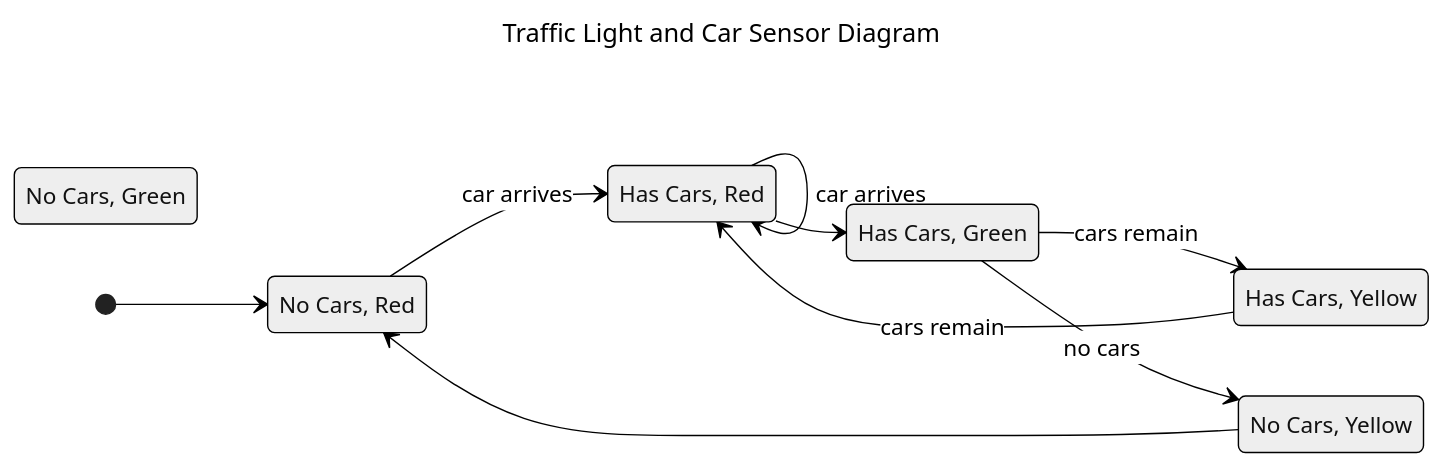
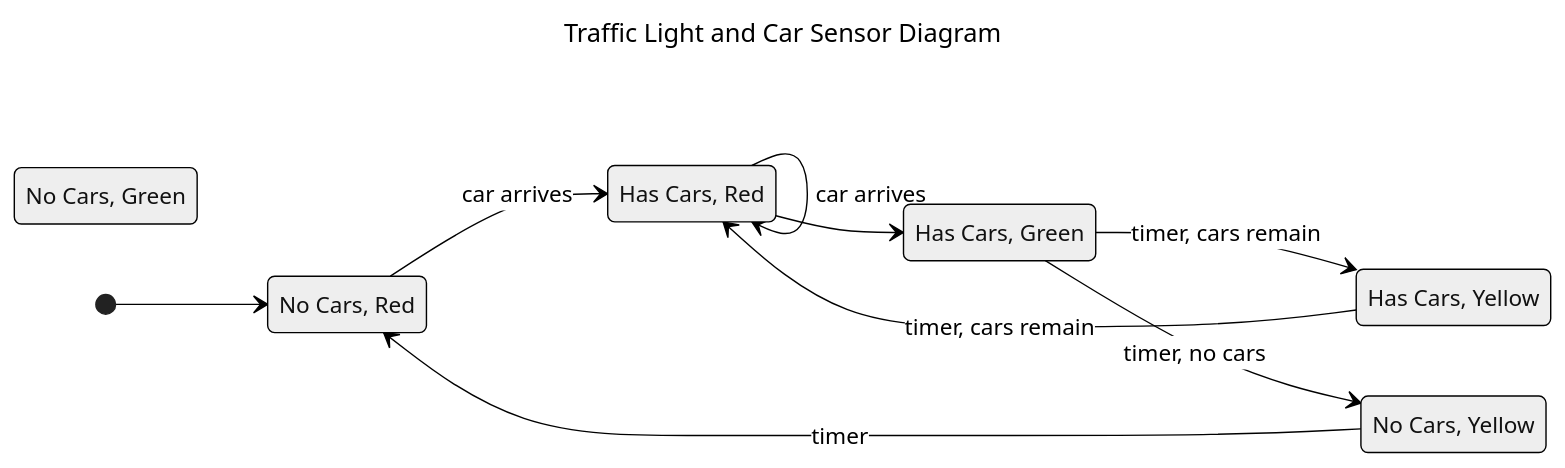
Before and after one commit to VinayakFia/Obsidian: the third of 6 diagrams in COMP3153/System Model - Vinayak Fialok.md, drawn with Mermaid (neutral theme). The commit also changed other lines of this file, not shown here.

Commit message:
vault backup: 2024-09-18 07:55:40

````diff
--- a/COMP3153/System Model - Vinayak Fialok.md
+++ b/COMP3153/System Model - Vinayak Fialok.md
@@ -61,21 +61,21 @@
 ```mermaid
 ---
 title: Traffic Light and Car Sensor Diagram
 ---
 stateDiagram-v2
 	direction LR
 	ng: No Cars, Green
 	nr: No Cars, Red
 	ny: No Cars, Yellow
 	hg: Has Cars, Green
 	hr: Has Cars, Red
 	hy: Has Cars, Yellow
 	[*] --> nr
 	nr --> hr : car arrives
 	hr --> hr : car arrives
 	hr --> hg
-	hg --> hy : cars remain
-	hg --> ny : no cars
-	ny --> nr
-	hy --> hr : cars remain
+	hg --> hy : timer, cars remain
+	hg --> ny : timer, no cars
+	ny --> nr : timer
+	hy --> hr : timer, cars remain
 ```
````
